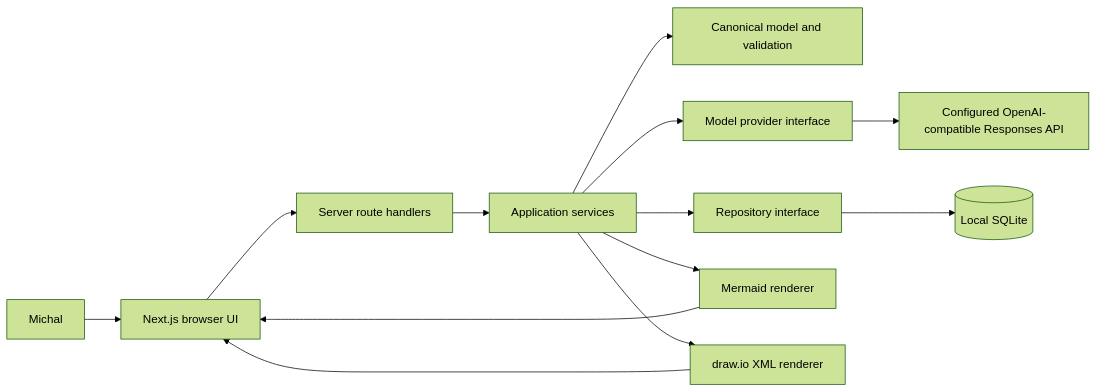
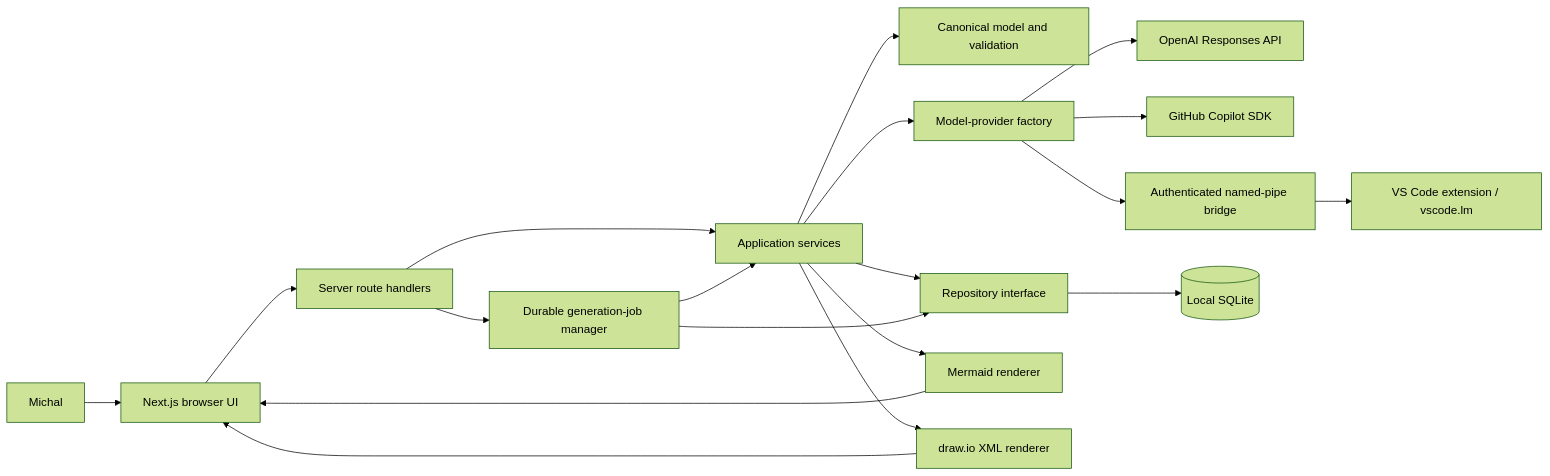
Before and after one commit to MikeS071/data-model-agent: the first of 2 diagrams in docs/features/data-model-agent/design.md, drawn with Mermaid (forest theme). The commit also changed other lines of this file and 1 other file, not shown here.

First line of the commit message:
docs: accept resilient model workbench design

````diff
--- a/docs/features/data-model-agent/design.md
+++ b/docs/features/data-model-agent/design.md
@@ -128,15 +161,21 @@
 ```mermaid
 flowchart LR
   Michal[Michal] --> UI[Next.js browser UI]
   UI --> Routes[Server route handlers]
   Routes --> Service[Application services]
+  Routes --> Jobs[Durable generation-job manager]
+  Jobs --> Service
   Service --> Domain[Canonical model and validation]
-  Service --> Provider[Model provider interface]
-  Provider --> Compatible[Configured OpenAI-compatible Responses API]
+  Service --> Provider[Model-provider factory]
+  Provider --> OpenAI[OpenAI Responses API]
+  Provider --> CopilotSDK[GitHub Copilot SDK]
+  Provider --> Bridge[Authenticated named-pipe bridge]
+  Bridge --> VSCode[VS Code extension / vscode.lm]
   Service --> Repo[Repository interface]
+  Jobs --> Repo
   Repo --> SQLite[(Local SQLite)]
   Service --> Mermaid[Mermaid renderer]
   Service --> Drawio[draw.io XML renderer]
   Mermaid --> UI
   Drawio --> UI
 ```
````
